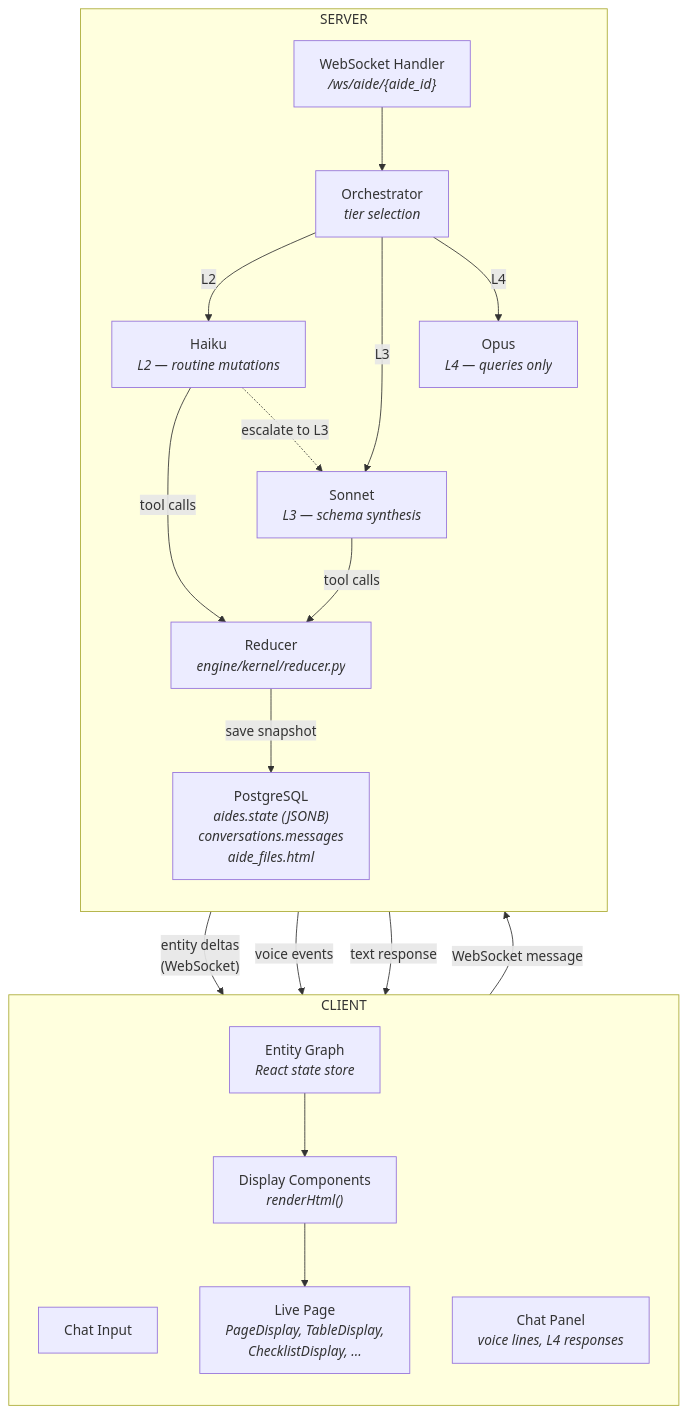
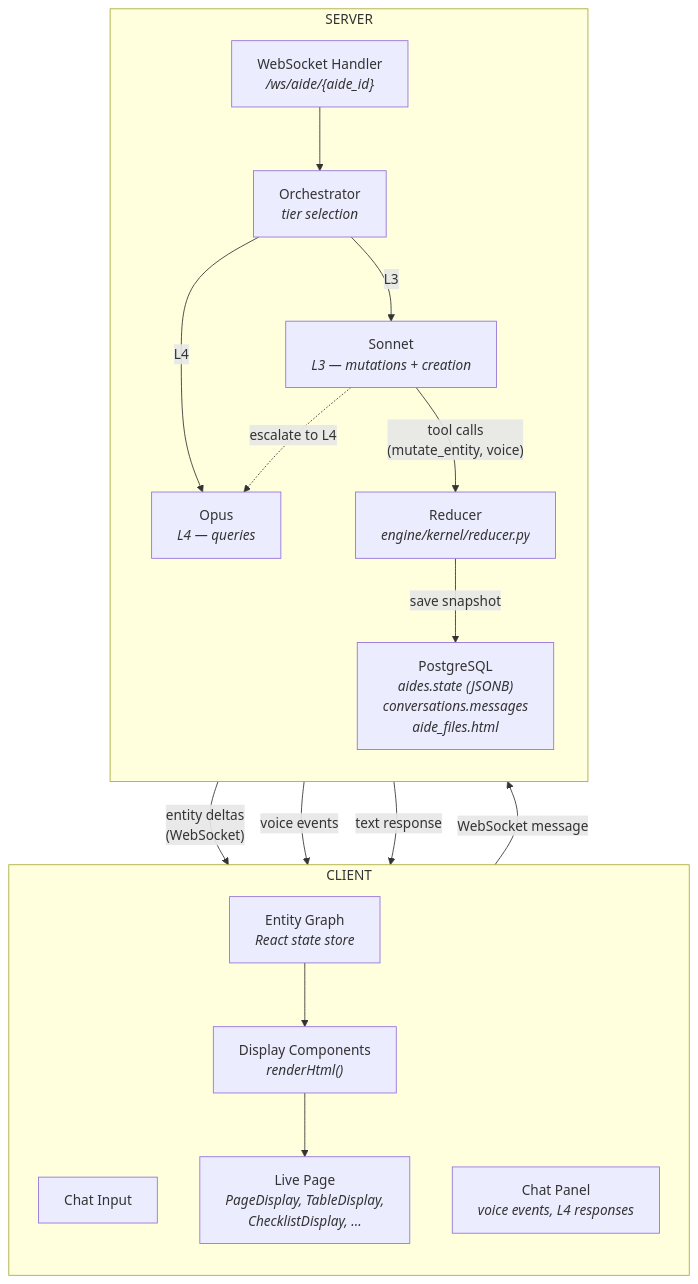
One commit to zcancio/aide changed the diagram in docs/eng_design/00_overview.md. Above: the diagram before and after it, drawn with Mermaid. The commit also changed other lines of this file and 4 other files, not shown here.

First line of the commit message:
docs: remove L2 tier, update to two-tier architecture (L3/L4)

````diff
--- a/docs/eng_design/00_overview.md
+++ b/docs/eng_design/00_overview.md
@@ -130,43 +129,40 @@
 ```mermaid
 graph TD
     subgraph CLIENT["CLIENT"]
         direction TB
         INPUT["Chat Input"]
-        CHAT["Chat Panel<br/><i>voice lines, L4 responses</i>"]
+        CHAT["Chat Panel<br/><i>voice events, L4 responses</i>"]
         GRAPH["Entity Graph<br/><i>React state store</i>"]
         RENDERER["Display Components<br/><i>renderHtml()</i>"]
         PAGE["Live Page<br/><i>PageDisplay, TableDisplay,<br/>ChecklistDisplay, ...</i>"]
 
         GRAPH --> RENDERER
         RENDERER --> PAGE
     end
 
     subgraph SERVER["SERVER"]
         direction TB
         WS["WebSocket Handler<br/><i>/ws/aide/{aide_id}</i>"]
         ORCH["Orchestrator<br/><i>tier selection</i>"]
 
-        HAIKU["Haiku<br/><i>L2 — routine mutations</i>"]
-        SONNET["Sonnet<br/><i>L3 — schema synthesis</i>"]
-        OPUS["Opus<br/><i>L4 — queries only</i>"]
+        SONNET["Sonnet<br/><i>L3 — mutations + creation</i>"]
+        OPUS["Opus<br/><i>L4 — queries</i>"]
 
         REDUCER["Reducer<br/><i>engine/kernel/reducer.py</i>"]
         DB["PostgreSQL<br/><i>aides.state (JSONB)<br/>conversations.messages<br/>aide_files.html</i>"]
 
         WS --> ORCH
-        ORCH -->|"L2"| HAIKU
         ORCH -->|"L3"| SONNET
         ORCH -->|"L4"| OPUS
 
-        HAIKU -->|"tool calls"| REDUCER
-        SONNET -->|"tool calls"| REDUCER
-        HAIKU -.->|"escalate to L3"| SONNET
+        SONNET -->|"tool calls<br/>(mutate_entity, voice)"| REDUCER
+        SONNET -.->|"escalate to L4"| OPUS
 
         REDUCER -->|"save snapshot"| DB
     end
 
     INPUT -->|"WebSocket message"| WS
     REDUCER -->|"entity deltas<br/>(WebSocket)"| GRAPH
     REDUCER -->|"voice events"| CHAT
     OPUS -->|"text response"| CHAT
 ```
````
